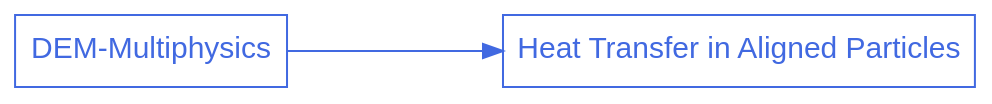
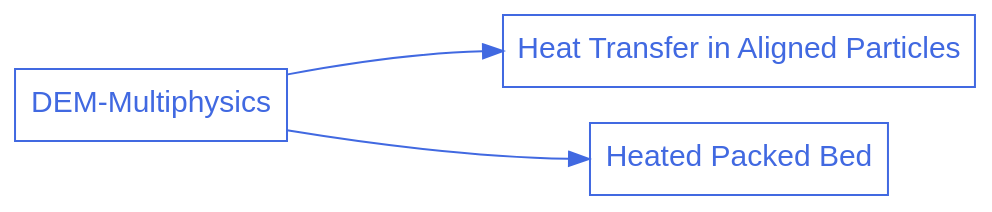
Before and after one commit to chaos-polymtl/lethe: the diagram in doc/source/examples/dem-mp/dem-mp.rst, drawn with Graphviz. The commit also changed 4 other files, not shown here.

```diff
--- a/doc/source/examples/dem-mp/dem-mp.rst
+++ b/doc/source/examples/dem-mp/dem-mp.rst
@@ -14,16 +14,19 @@
 .. graphviz:: 
 
     digraph dem_mp_diagram {
       graph [bgcolor="transparent", align=true, ranksep=1.5];
       node [fontname=Arial, fontsize=15, shape=box, fontcolor=royalblue, color=royalblue];
       edge [color=royalblue];
       rankdir="LR";
       size = "9,9";
       
       dem_mp [label="DEM-Multiphysics", href="https://chaos-polymtl.github.io/lethe/documentation/examples/dem-mp/dem-mp.html"];
 
       dem_mp_1 [label="Heat Transfer in Aligned Particles", href="https://chaos-polymtl.github.io/lethe/documentation/examples/dem-mp/heat-transfer-in-aligned-particles/heat-transfer-in-aligned-particles.html"];
 
+      dem_mp_2 [label="Heated Packed Bed", href="https://chaos-polymtl.github.io/lethe/documentation/examples/dem-mp/heated-packed-bed/heated-packed-bed.html"];
+
       dem_mp -> dem_mp_1:w;
+      dem_mp -> dem_mp_2:w;
    
     }
```
